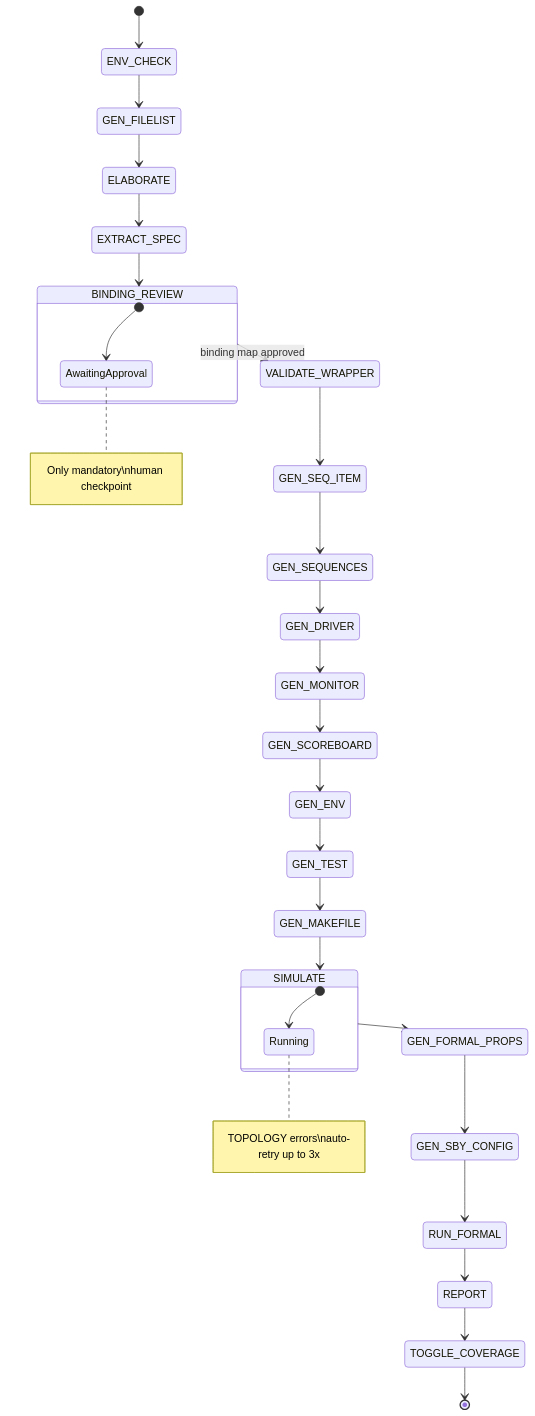
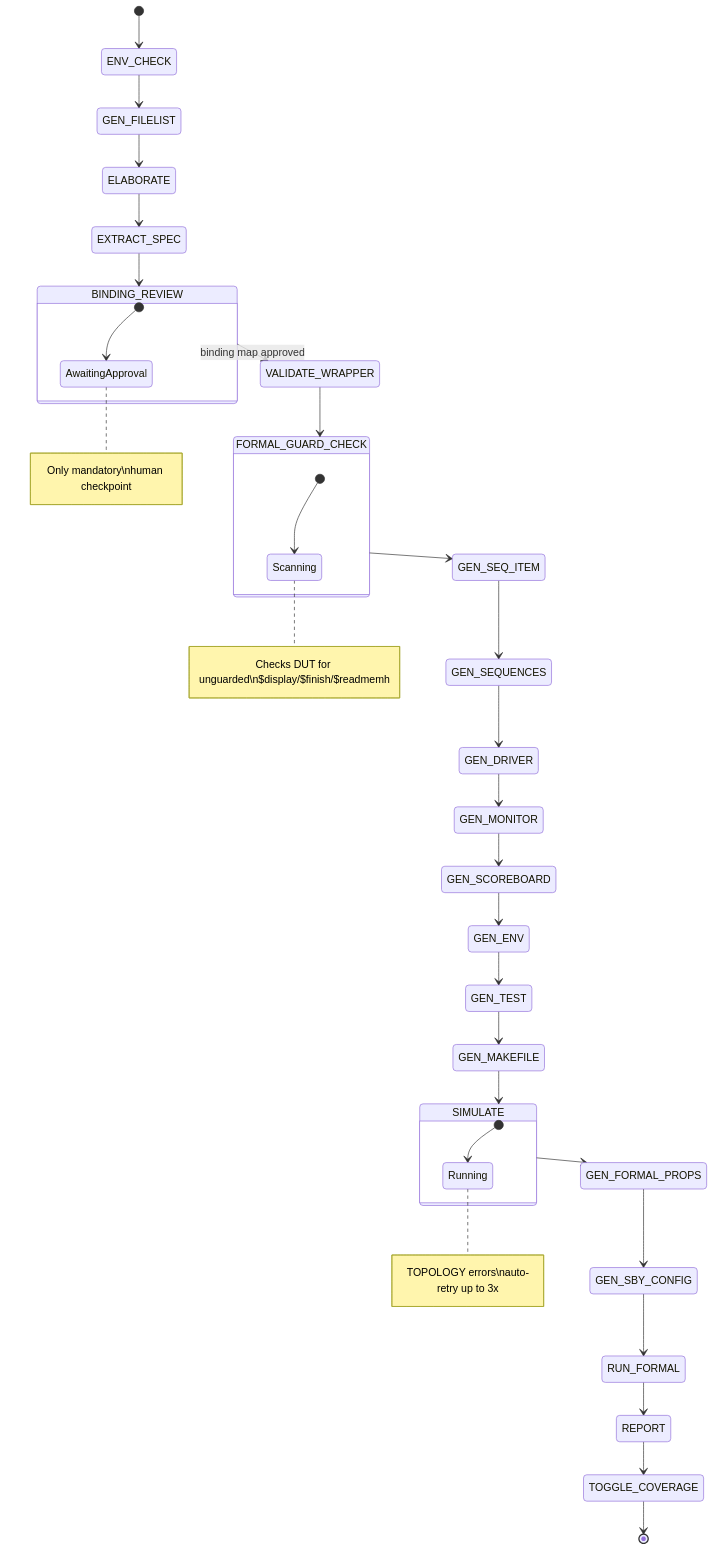
Before and after one commit to Aryaman9999/open-verifier: the fifth of 5 diagrams in README.md, drawn with Mermaid. The commit also changed other lines of this file and 1 other file, not shown here.

````diff
--- a/README.md
+++ b/README.md
@@ -182,36 +182,43 @@
 ```mermaid
 stateDiagram-v2
     [*] --> ENV_CHECK
     ENV_CHECK --> GEN_FILELIST
     GEN_FILELIST --> ELABORATE
     ELABORATE --> EXTRACT_SPEC
     EXTRACT_SPEC --> BINDING_REVIEW
 
     state BINDING_REVIEW {
         [*] --> AwaitingApproval
         note right of AwaitingApproval: Only mandatory\nhuman checkpoint
     }
 
     BINDING_REVIEW --> VALIDATE_WRAPPER : binding map approved
-    VALIDATE_WRAPPER --> GEN_SEQ_ITEM
+    VALIDATE_WRAPPER --> FORMAL_GUARD_CHECK
+
+    state FORMAL_GUARD_CHECK {
+        [*] --> Scanning
+        note right of Scanning: Checks DUT for unguarded\n$display/$finish/$readmemh
+    }
+
+    FORMAL_GUARD_CHECK --> GEN_SEQ_ITEM
     GEN_SEQ_ITEM --> GEN_SEQUENCES
     GEN_SEQUENCES --> GEN_DRIVER
     GEN_DRIVER --> GEN_MONITOR
     GEN_MONITOR --> GEN_SCOREBOARD
     GEN_SCOREBOARD --> GEN_ENV
     GEN_ENV --> GEN_TEST
     GEN_TEST --> GEN_MAKEFILE
     GEN_MAKEFILE --> SIMULATE
 
     state SIMULATE {
         [*] --> Running
         note right of Running: TOPOLOGY errors\nauto-retry up to 3x
     }
 
     SIMULATE --> GEN_FORMAL_PROPS
     GEN_FORMAL_PROPS --> GEN_SBY_CONFIG
     GEN_SBY_CONFIG --> RUN_FORMAL
     RUN_FORMAL --> REPORT
     REPORT --> TOGGLE_COVERAGE
     TOGGLE_COVERAGE --> [*]
 ```
````
